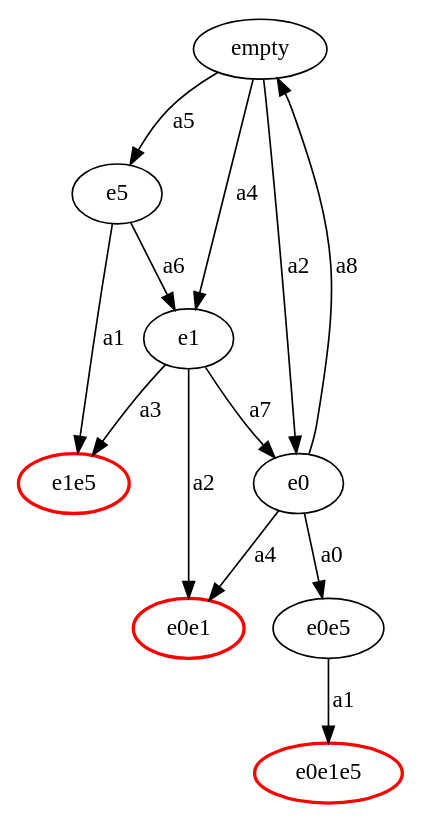
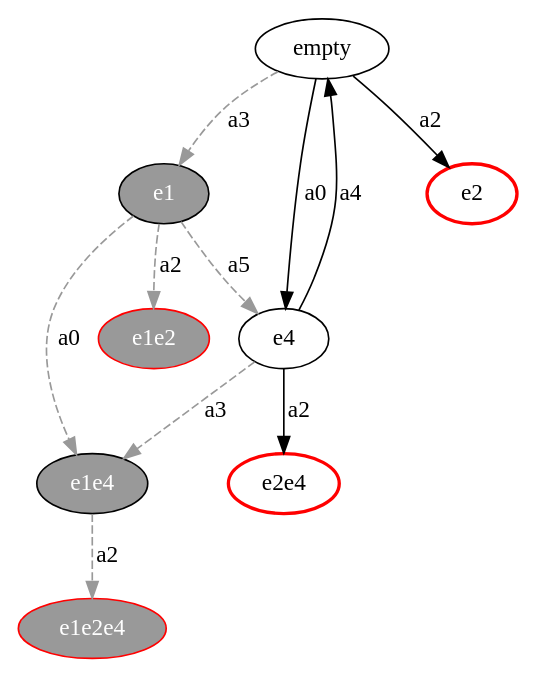
Before and after one commit to ryysd/PrototypePOR: the diagram in tmp/reduced.dot, drawn with Graphviz. The commit also changed 10 other files, not shown here.

```diff
--- a/tmp/reduced.dot
+++ b/tmp/reduced.dot
@@ -1,21 +1,24 @@
 strict digraph {
-  empty -> e5 [label="a0", ];
-  empty -> e1 [label="a1", ];
-  empty -> e0 [label="a2", ];
-  empty -> e5 [label="a3", ];
-  empty -> e1 [label="a4", ];
-  empty -> e5 [label="a5", ];
-  e5 -> e1e5 [label="a1", ];
-  e5 -> e1 [label="a6", ];
-  e1 -> e0e1 [label="a2", ];
-  e1 -> e1e5 [label="a3", ];
-  e1 -> e0 [label="a7", ];
-  e0 -> e0e5 [label="a0", ];
-  e0 -> e0e1 [label="a1", ];
-  e0 -> e0e1 [label="a4", ];
-  e0 -> empty [label="a8", ];
-  e0e1 [color=red, style=bold]
-  e0e5 -> e0e1e5 [label="a1", ];
-  e0e1e5 [color=red, style=bold]
-  e1e5 [color=red, style=bold]
+  empty -> e4 [label="a0", ];
+  empty -> e2 [label="a1", ];
+  empty -> e2 [label="a2", ];
+  empty -> e1 [label="a3", style=dashed, color="#999999"];
+  e1 [style=filled, fillcolor="#999999", fontcolor=white]
+  e1 -> e1e4 [label="a0", style=dashed, color="#999999"];
+  e1 -> e1e2 [label="a1", style=dashed, color="#999999"];
+  e1 -> e1e2 [label="a2", style=dashed, color="#999999"];
+  e1 -> e4 [label="a5", style=dashed, color="#999999"];
+  e4 -> e2e4 [label="a1", ];
+  e4 -> e2e4 [label="a2", ];
+  e4 -> e1e4 [label="a3", style=dashed, color="#999999"];
+  e4 -> empty [label="a4", ];
+  e1e4 [style=filled, fillcolor="#999999", fontcolor=white]
+  e1e4 -> e1e2e4 [label="a1", style=dashed, color="#999999"];
+  e1e4 -> e1e2e4 [label="a2", style=dashed, color="#999999"];
+  e1e2e4 [color=red, style=bold]
+  e1e2e4 [style=filled, fillcolor="#999999", fontcolor=white]
+  e2e4 [color=red, style=bold]
+  e1e2 [color=red, style=bold]
+  e1e2 [style=filled, fillcolor="#999999", fontcolor=white]
+  e2 [color=red, style=bold]
 }
```
